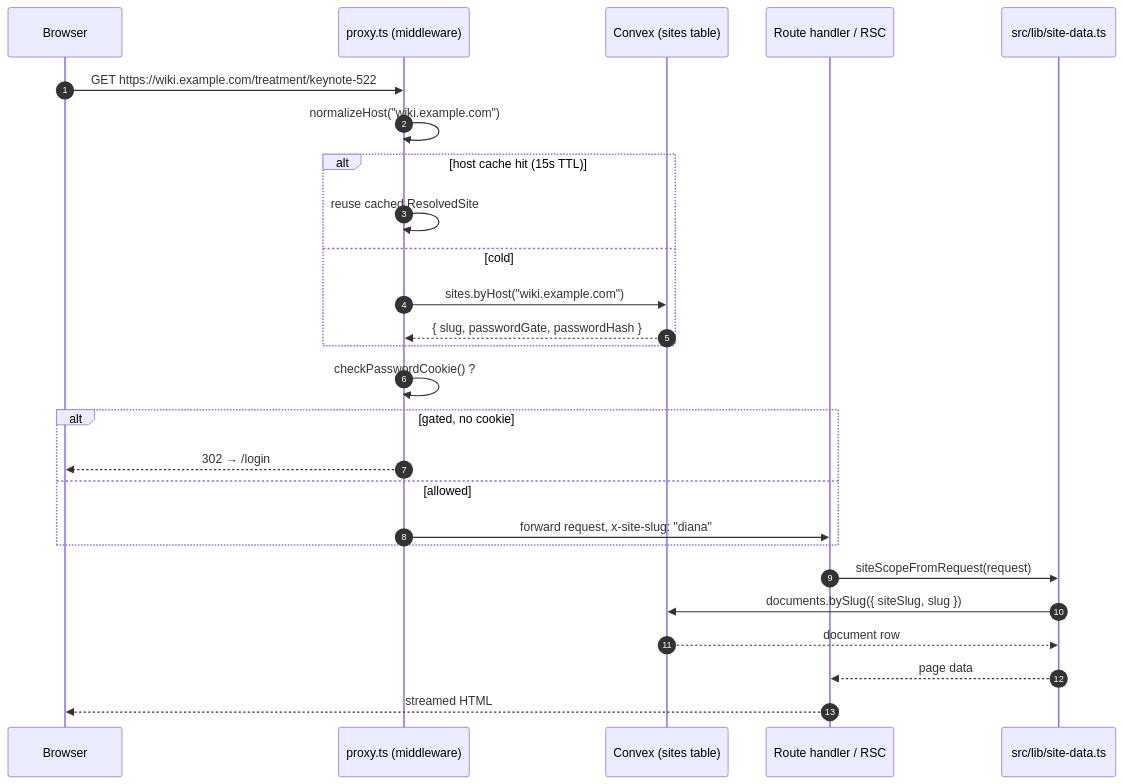
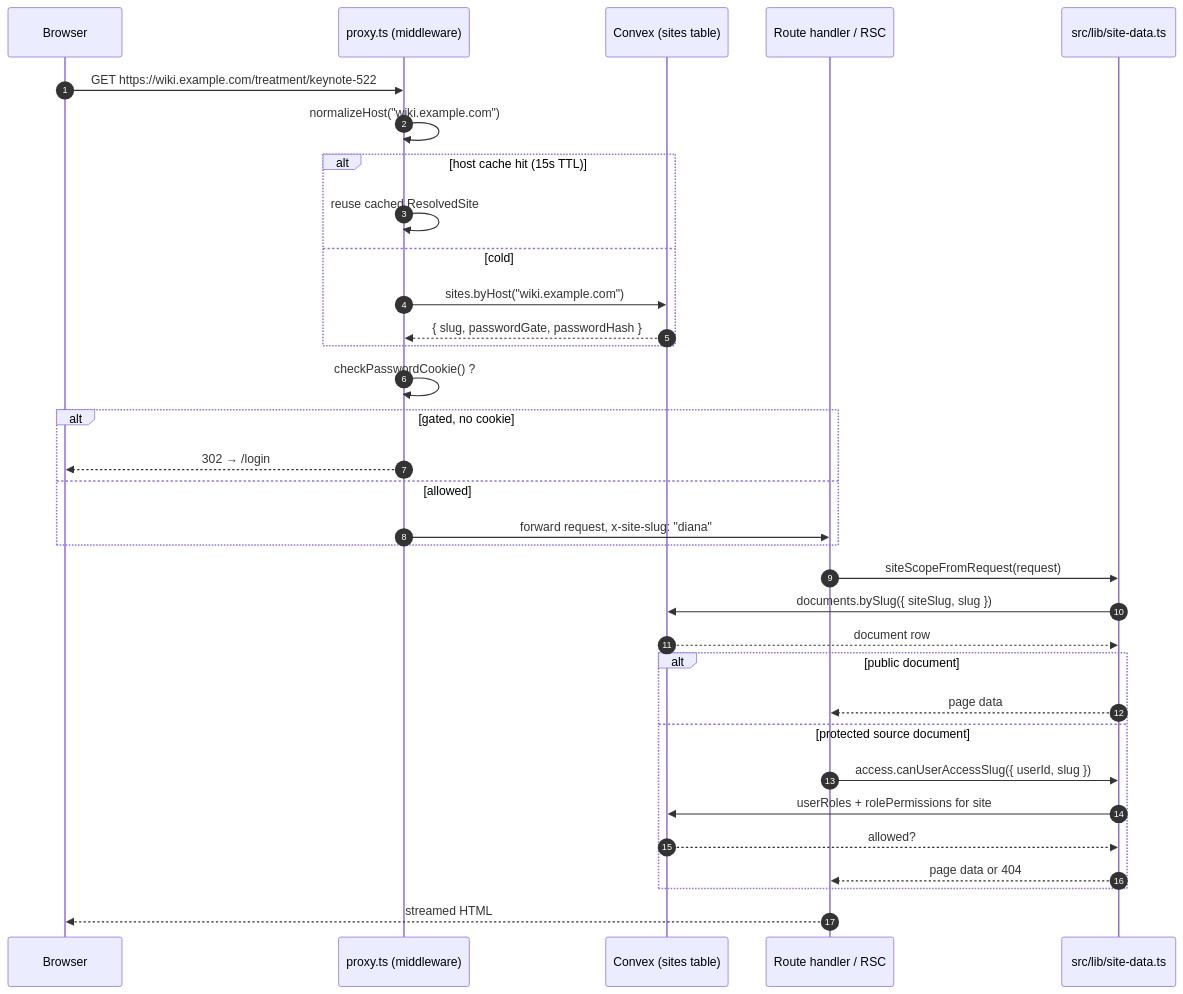
One commit to jasonLaster/oncobase changed the first of 2 diagrams in web/docs/architecture/02-request-flow.md. Above: the diagram before and after it, drawn with Mermaid. The commit also changed other lines of this file and 13 other files, not shown here.

First line of the commit message:
Role based access (#204)

````diff
--- a/web/docs/architecture/02-request-flow.md
+++ b/web/docs/architecture/02-request-flow.md
@@ -7,29 +7,36 @@
 ```mermaid
 sequenceDiagram
   autonumber
   participant B as Browser
   participant P as proxy.ts (middleware)
   participant CX as Convex (sites table)
   participant H as Route handler / RSC
   participant L as src/lib/site-data.ts
 
   B->>P: GET https://wiki.example.com/treatment/keynote-522
   P->>P: normalizeHost("wiki.example.com")
   alt host cache hit (15s TTL)
     P->>P: reuse cached ResolvedSite
   else cold
     P->>CX: sites.byHost("wiki.example.com")
     CX-->>P: { slug, passwordGate, passwordHash }
   end
   P->>P: checkPasswordCookie() ?
   alt gated, no cookie
     P-->>B: 302 → /login
   else allowed
     P->>H: forward request, x-site-slug: "diana"
   end
   H->>L: siteScopeFromRequest(request)
   L->>CX: documents.bySlug({ siteSlug, slug })
   CX-->>L: document row
-  L-->>H: page data
+  alt public document
+    L-->>H: page data
+  else protected source document
+    H->>L: access.canUserAccessSlug({ userId, slug })
+    L->>CX: userRoles + rolePermissions for site
+    CX-->>L: allowed?
+    L-->>H: page data or 404
+  end
   H-->>B: streamed HTML
 ```
````
